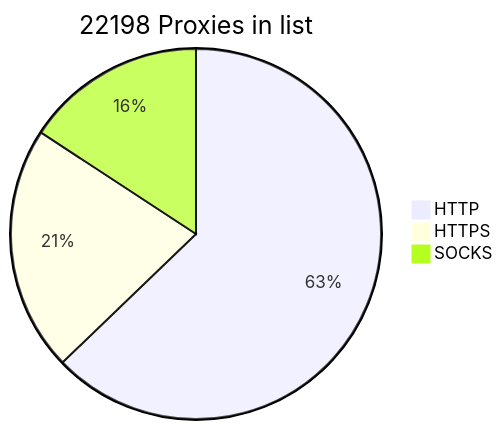
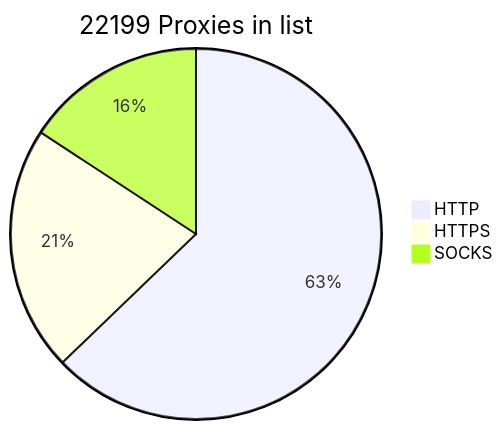
One commit to BlackSnowDot/proxylist-update-every-minute changed the diagram in README.md. Above: the diagram before and after it, drawn with Mermaid.

````diff
--- a/README.md
+++ b/README.md
@@ -2,6 +2,6 @@
 ```mermaid
-pie title 22198 Proxies in list
-    "HTTP" : 15881
-    "HTTPS": 5416
+pie title 22199 Proxies in list
+    "HTTP" : 15880
+    "HTTPS": 5418
     "SOCKS" : 3988
 ```
````
